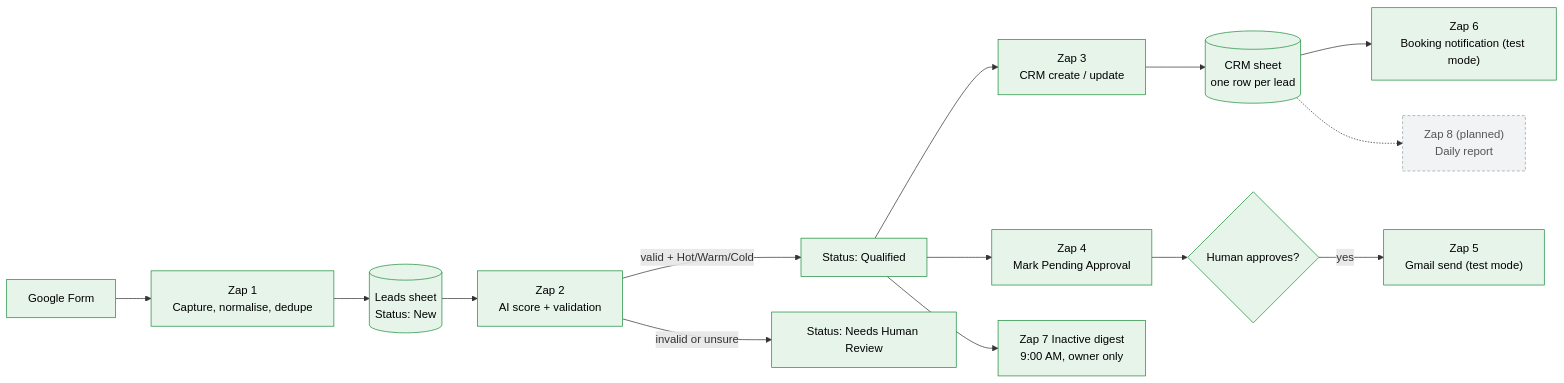
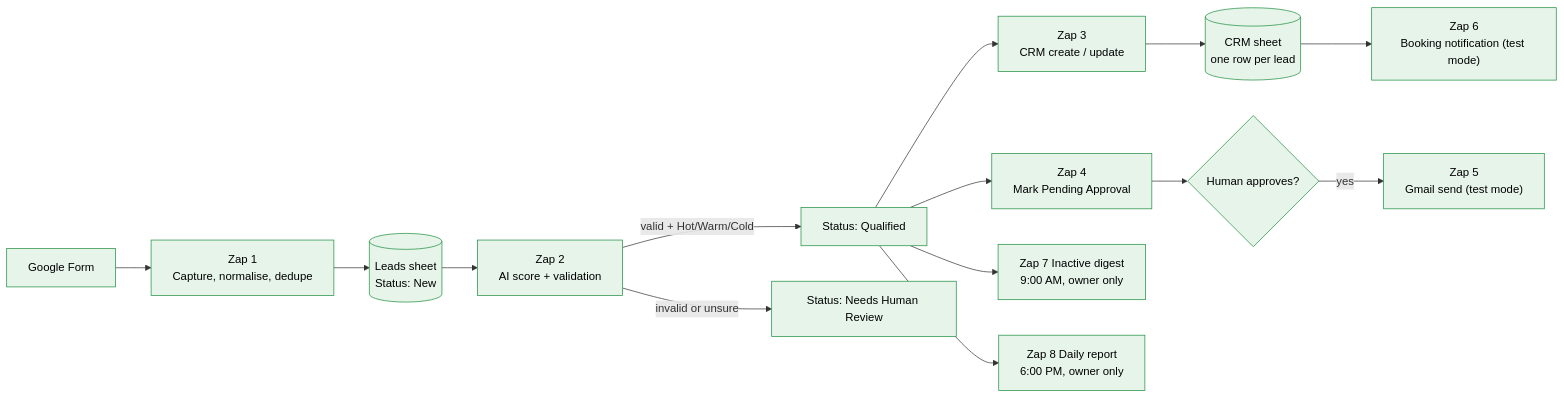
Before and after one commit to ara-5/AI-Sales-Lead-Conversion-Automation: the diagram in README.md, drawn with Mermaid. The commit also changed other lines of this file and 3 other files, not shown here.

First line of the commit message:
Zap 8 published (test mode): all 8 Zaps live; update docs, README badge and diagram

````diff
--- a/README.md
+++ b/README.md
@@ -17,20 +17,19 @@
 ```mermaid
 flowchart LR
   F[Google Form] --> Z1["Zap 1<br/>Capture, normalise, dedupe"]
   Z1 --> L[("Leads sheet<br/>Status: New")]
   L --> Z2["Zap 2<br/>AI score + validation"]
   Z2 -->|valid + Hot/Warm/Cold| Q["Status: Qualified"]
   Z2 -->|invalid or unsure| H["Status: Needs Human Review"]
   Q --> Z3["Zap 3<br/>CRM create / update"]
   Z3 --> C[("CRM sheet<br/>one row per lead")]
   Q --> Z4["Zap 4<br/>Mark Pending Approval"]
   Z4 --> A{Human approves?}
   A -->|yes| G["Zap 5<br/>Gmail send (test mode)"]
   C --> Z6["Zap 6<br/>Booking notification (test mode)"]
   Q --> Z7["Zap 7 Inactive digest<br/>9:00 AM, owner only"]
-  C -.-> Z8["Zap 8 (planned)<br/>Daily report"]
+  Q --> Z8["Zap 8 Daily report<br/>6:00 PM, owner only"]
   classDef live fill:#e6f4ea,stroke:#1e8e3e,color:#000;
   classDef planned fill:#f1f3f4,stroke:#9aa0a6,color:#555,stroke-dasharray: 4 3;
-  class F,Z1,L,Z2,Q,H,Z3,C,Z4,A,G,Z6,Z7 live;
-  class Z8 planned;
+  class F,Z1,L,Z2,Q,H,Z3,C,Z4,A,G,Z6,Z7,Z8 live;
 ```
````
